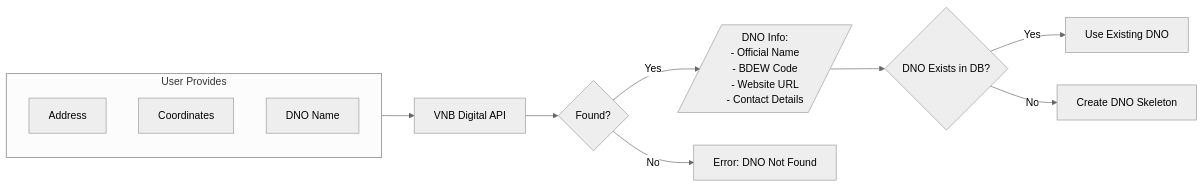
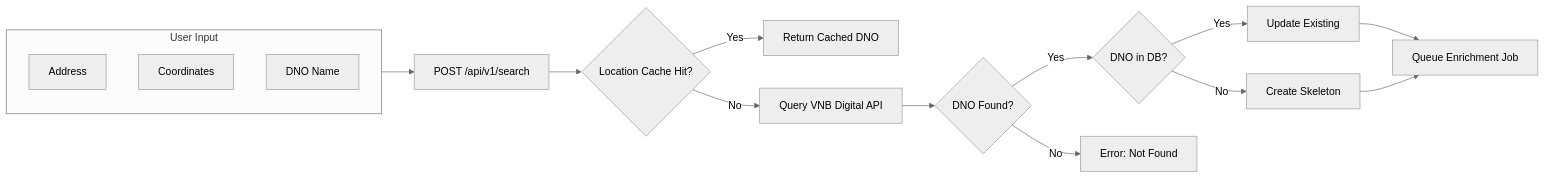
Before and after one commit to KyleDerZweite/dno-crawler: the second of 10 diagrams in backend/docs/FLOWCHART.md, drawn with Mermaid (neutral theme). The commit also changed other lines of this file and 6 other files, not shown here.

````diff
--- a/backend/docs/FLOWCHART.md
+++ b/backend/docs/FLOWCHART.md
@@ -57,22 +65,24 @@
 ```mermaid
 flowchart LR
-    subgraph Input["User Provides"]
+    subgraph Input["User Input"]
         A[Address] 
         B[Coordinates]
         C[DNO Name]
     end
     
-    Input --> VNB[VNB Digital API]
+    Input --> API[POST /api/v1/search]
     
-    VNB --> R1{Found?}
-    R1 --> |"Yes"| INFO[/"DNO Info:
-    - Official Name
-    - BDEW Code  
-    - Website URL
-    - Contact Details"/]
-    R1 --> |"No"| ERR[Error: DNO Not Found]
+    API --> CACHE{Location Cache Hit?}
+    CACHE --> |"Yes"| EXISTING[Return Cached DNO]
+    CACHE --> |"No"| VNB[Query VNB Digital API]
     
-    INFO --> CHECK{DNO Exists in DB?}
-    CHECK --> |"Yes"| EXISTING[Use Existing DNO]
-    CHECK --> |"No"| CREATE[Create DNO Skeleton]
+    VNB --> FOUND{DNO Found?}
+    FOUND --> |"Yes"| CHECK{DNO in DB?}
+    FOUND --> |"No"| ERR[Error: Not Found]
+    
+    CHECK --> |"Yes"| UPDATE[Update Existing]
+    CHECK --> |"No"| CREATE[Create Skeleton]
+    
+    UPDATE --> ENRICH[Queue Enrichment Job]
+    CREATE --> ENRICH
 ```
````
